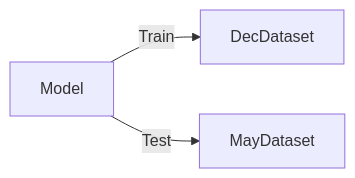
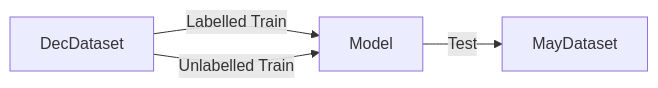
The first of 5 diagrams in Writerside/topics/Model-Test-Chestnut-May-Dec.md (harvardXedujames/FRDC-ML), drawn with Mermaid before and after one commit. The commit also changed other lines of this file and 1 other file, not shown here.

````diff
--- a/Writerside/topics/Model-Test-Chestnut-May-Dec.md
+++ b/Writerside/topics/Model-Test-Chestnut-May-Dec.md
@@ -22,5 +22,6 @@
 ```mermaid
 graph LR
-    Model -- Train --> DecDataset
+    DecDataset -- Labelled Train --> Model
+    DecDataset -- Unlabelled Train --> Model
     Model -- Test --> MayDataset
 ```
````
